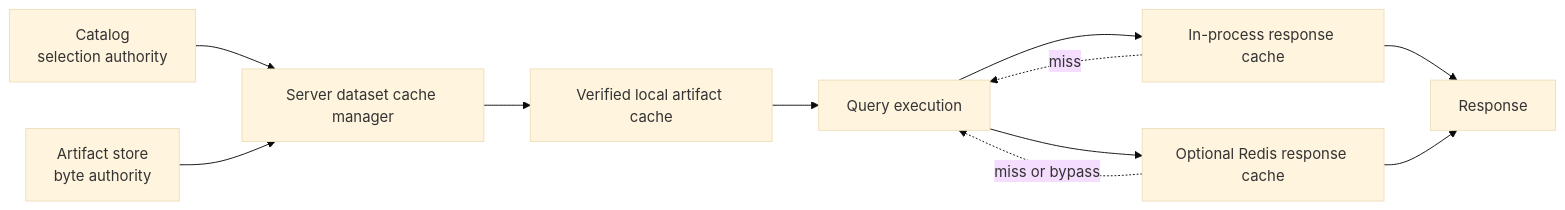
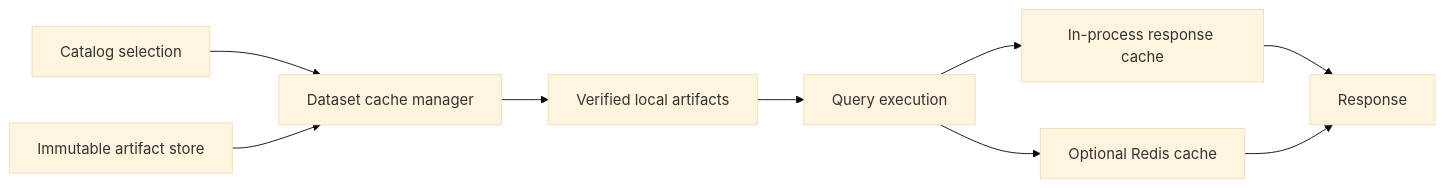
Before and after one commit to bijux/bijux-atlas: the first of 3 diagrams in docs/bijux-atlas-ops/stack/cache-and-store-operations.md, drawn with Mermaid (base theme). The commit also changed other lines of this file and 1 other file, not shown here.

Commit message:
docs(stack): separate serving authority from acceleration

````diff
--- a/docs/bijux-atlas-ops/stack/cache-and-store-operations.md
+++ b/docs/bijux-atlas-ops/stack/cache-and-store-operations.md
@@ -20,13 +19,11 @@
 ```mermaid
 flowchart LR
-    Catalog["Catalog<br/>selection authority"] --> Manager["Server dataset cache manager"]
-    Store["Artifact store<br/>byte authority"] --> Manager
-    Manager --> Local["Verified local artifact cache"]
-    Local --> Query["Query execution"]
-    Query --> Hot["In-process response cache"]
-    Query --> Redis["Optional Redis response cache"]
-    Hot --> Response["Response"]
+    Catalog[Catalog selection] --> Manager[Dataset cache manager]
+    Store[Immutable artifact store] --> Manager
+    Manager --> Local[Verified local artifacts]
+    Local --> Query[Query execution]
+    Query --> Memory[In-process response cache]
+    Query --> Redis[Optional Redis cache]
+    Memory --> Response
     Redis --> Response
-    Hot -. miss .-> Query
-    Redis -. miss or bypass .-> Query
 ```
````
